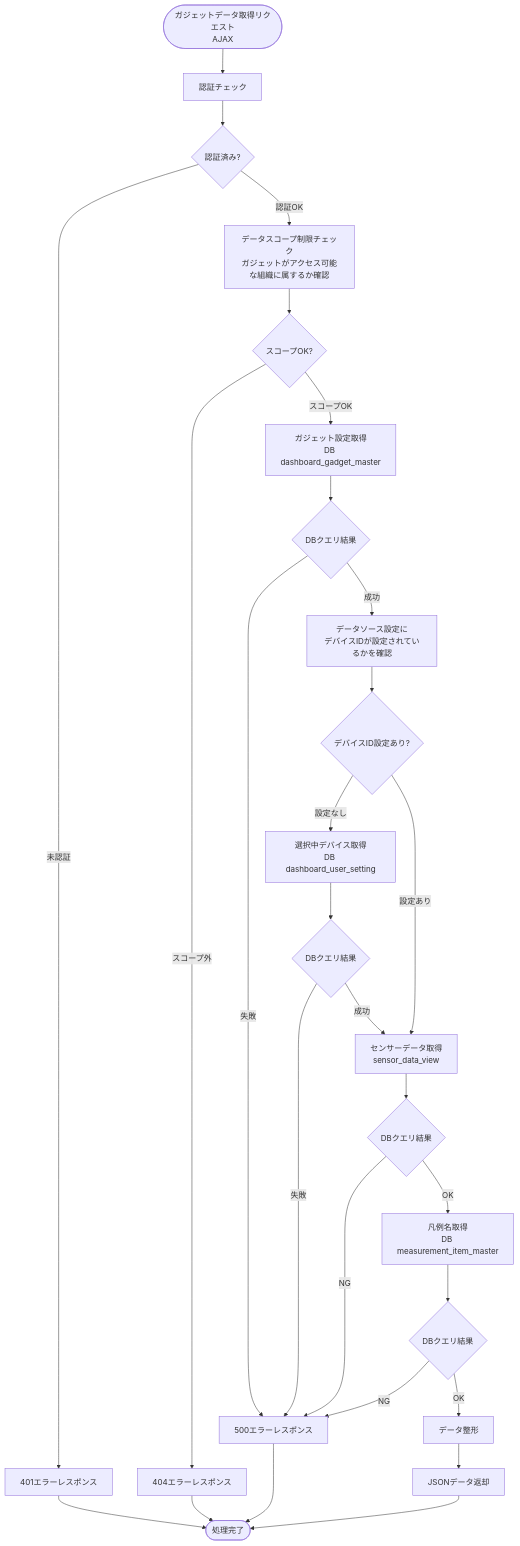
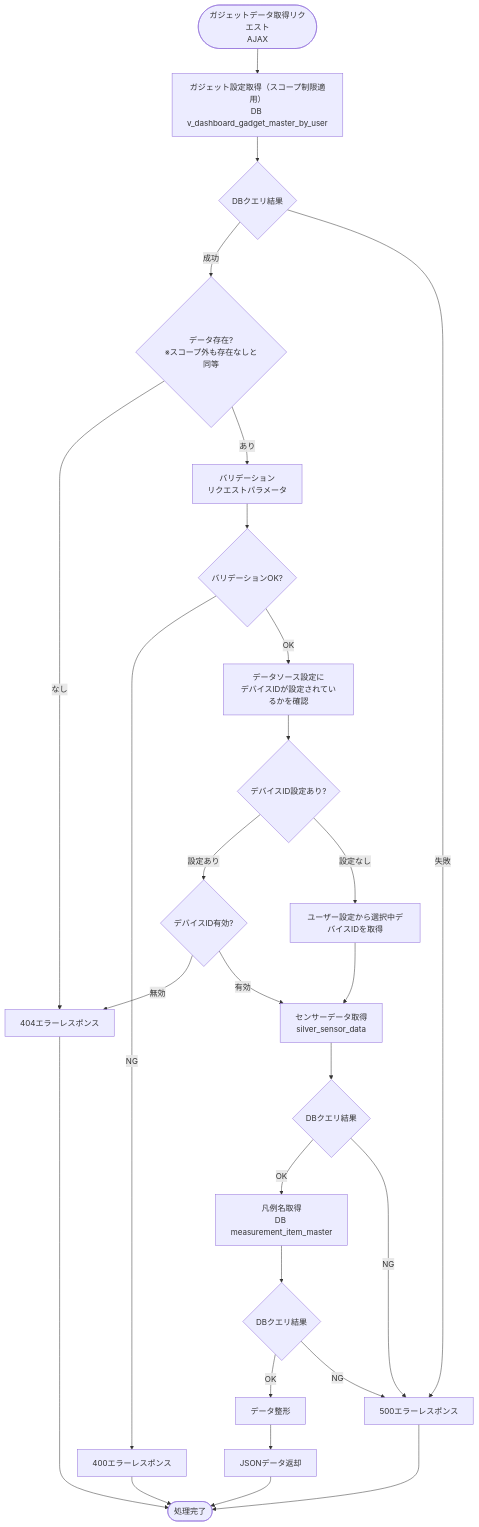
One commit to NSW-SVCP-AIWG002/Databricks-IoT changed the first of 3 diagrams in docs/03-features/flask-app/customer-dashboard/circle-chart/workflow-specification.md. Above: the diagram before and after it, drawn with Mermaid. The commit also changed other lines of this file and 2 other files, not shown here.

````diff
--- a/docs/03-features/flask-app/customer-dashboard/circle-chart/workflow-specification.md
+++ b/docs/03-features/flask-app/customer-dashboard/circle-chart/workflow-specification.md
@@ -154,38 +152,39 @@
 ```mermaid
 flowchart TD
-    Start([ガジェットデータ取得リクエスト<br>AJAX]) --> Auth[認証チェック]
-    Auth --> CheckAuth{認証済み?}
-    CheckAuth -->|未認証| Error401[401エラーレスポンス]
-    CheckAuth -->|認証OK| Scope[データスコープ制限チェック<br>ガジェットがアクセス可能な組織に属するか確認]
-
-    Scope --> CheckScope{スコープOK?}
-    CheckScope -->|スコープ外| Error404[404エラーレスポンス]
-    CheckScope -->|スコープOK| GetConfig[ガジェット設定取得<br>DB dashboard_gadget_master]
+    Start([ガジェットデータ取得リクエスト<br>AJAX]) --> GetConfig[ガジェット設定取得（スコープ制限適用）<br>DB v_dashboard_gadget_master_by_user]
 
     GetConfig --> CheckGetConfig{DBクエリ結果}
+    CheckGetConfig -->|成功| CheckConfig{データ存在?<br>※スコープ外も存在なしと同等}
     CheckGetConfig -->|失敗| Error500[500エラーレスポンス]
-    CheckGetConfig -->|成功| CheckDeviceId[データソース設定に<br>デバイスIDが設定されているかを確認]
+
+    CheckConfig -->|なし| Error404[404エラーレスポンス]
+    CheckConfig -->|あり| Validate[バリデーション<br>リクエストパラメータ]
+
+    Validate --> CheckValidate{バリデーションOK?}
+    CheckValidate -->|NG| Error400[400エラーレスポンス]
+    CheckValidate -->|OK| CheckDeviceId[データソース設定に<br>デバイスIDが設定されているかを確認]
 
     CheckDeviceId --> ExistDeviceId{デバイスID設定あり?}
-    ExistDeviceId -->|設定なし| DeviceQuery[選択中デバイス取得<br>DB dashboard_user_setting]
-    ExistDeviceId -->|設定あり| SilverQuery[センサーデータ取得<br>sensor_data_view]
+    ExistDeviceId -->|設定あり| ValidDeviceId{デバイスID有効?}
+    ExistDeviceId -->|設定なし| GetUserSetting[ユーザー設定から選択中デバイスIDを取得]
 
-    DeviceQuery --> CheckDeviceQuery{DBクエリ結果}
-    CheckDeviceQuery -->|失敗| Error500
-    CheckDeviceQuery -->|成功| SilverQuery
+    ValidDeviceId -->|無効| Error404
+    ValidDeviceId -->|有効| SilverQuery[センサーデータ取得<br>silver_sensor_data]
+
+    GetUserSetting --> SilverQuery
 
     SilverQuery --> CheckSilverQuery{DBクエリ結果}
+    CheckSilverQuery -->|OK| LegendQuery[凡例名取得<br>DB measurement_item_master]
     CheckSilverQuery -->|NG| Error500
-    CheckSilverQuery -->|OK| LegendQuery[凡例名取得<br>DB measurement_item_master]
 
     LegendQuery --> CheckLegendQuery{DBクエリ結果}
+    CheckLegendQuery -->|OK| Format[データ整形]
     CheckLegendQuery -->|NG| Error500
-    CheckLegendQuery -->|OK| Format[データ整形]
 
     Format --> ReturnData[JSONデータ返却]
 
-    Error401 --> End([処理完了])
+    ReturnData --> End([処理完了])
+    Error400 --> End
     Error404 --> End
     Error500 --> End
-    ReturnData --> End
 ```
````
